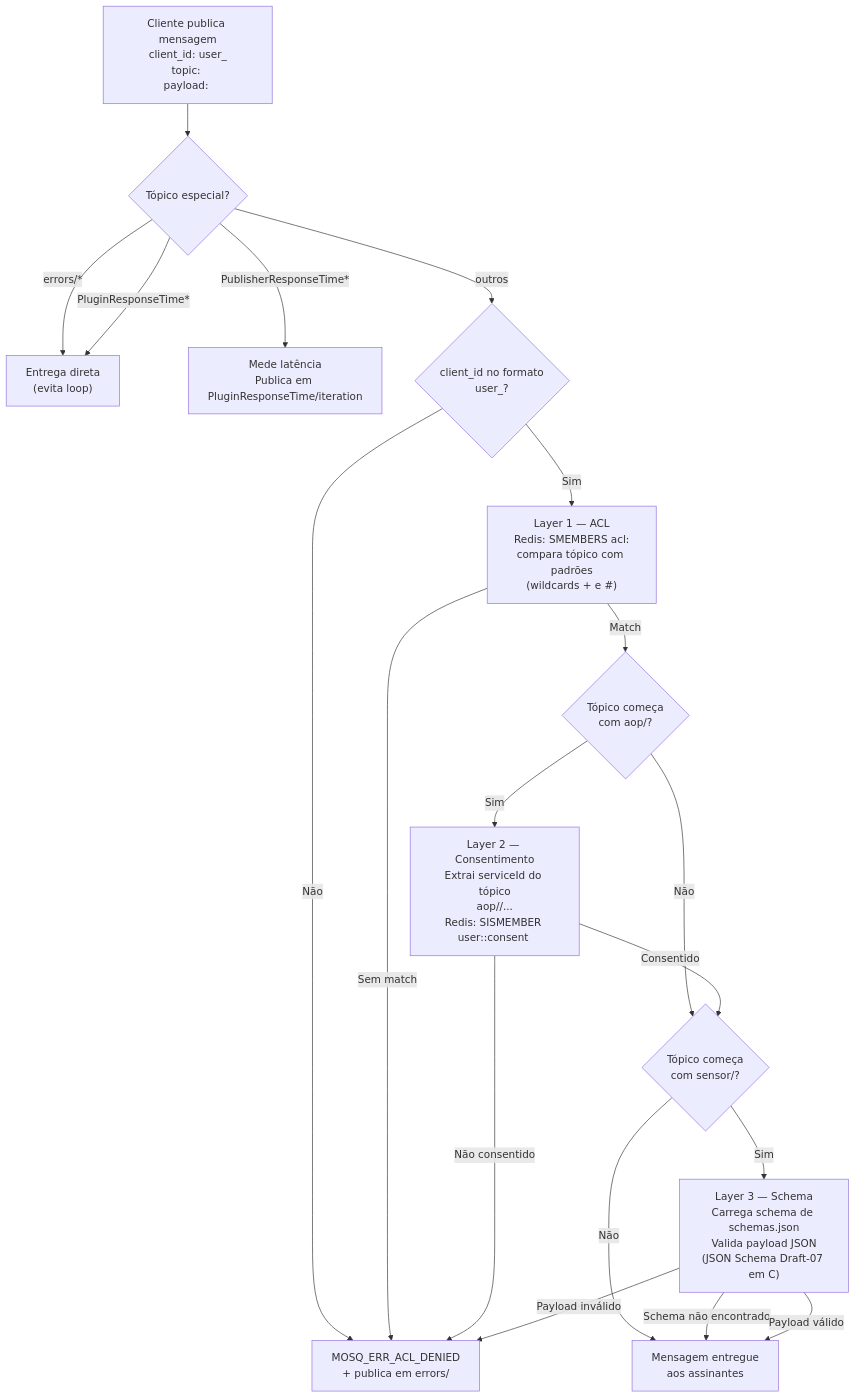
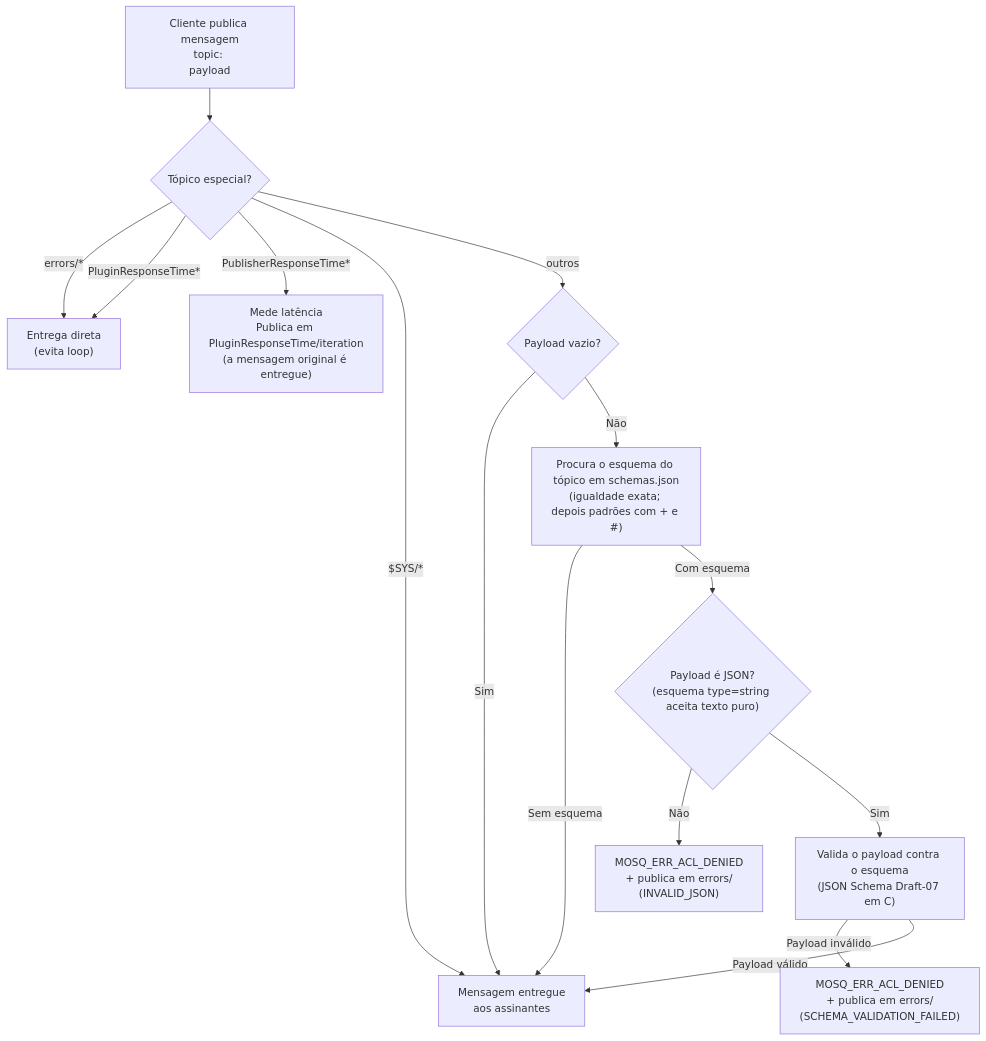
The first of 4 diagrams in docs/03-pipeline-mqtt.md (multisens/Infra), drawn with Mermaid before and after one commit. The commit also changed other lines of this file and 23 other files, not shown here.

````diff
--- a/docs/03-pipeline-mqtt.md
+++ b/docs/03-pipeline-mqtt.md
@@ -7,38 +9,30 @@
 ```mermaid
 flowchart TD
-    PUB["Cliente publica mensagem\nclient_id: user_<userId>\ntopic: <tópico>\npayload: <JSON>"]
+    PUB["Cliente publica mensagem\ntopic: <tópico>\npayload"]
 
     PUB --> CHK_SKIP{Tópico especial?}
 
     CHK_SKIP -->|"errors/*"| ALLOW_SKIP["Entrega direta\n(evita loop)"]
     CHK_SKIP -->|"PluginResponseTime*"| ALLOW_SKIP
-    CHK_SKIP -->|"PublisherResponseTime*"| LATENCY["Mede latência\nPublica em PluginResponseTime<id>/iteration<n>"]
-    CHK_SKIP -->|"outros"| CHK_FMT
+    CHK_SKIP -->|"PublisherResponseTime*"| LATENCY["Mede latência\nPublica em PluginResponseTime<id>/iteration<n>\n(a mensagem original é entregue)"]
+    CHK_SKIP -->|"$SYS/*"| ALLOW
+    CHK_SKIP -->|"outros"| CHK_EMPTY
 
-    CHK_FMT{"client_id no formato\nuser_<userId>?"}
-    CHK_FMT -->|"Não"| DENY["MOSQ_ERR_ACL_DENIED\n+ publica em errors/<client_id>"]
-    CHK_FMT -->|"Sim"| ACL
+    CHK_EMPTY{"Payload vazio?"}
+    CHK_EMPTY -->|"Sim"| ALLOW
+    CHK_EMPTY -->|"Não"| LOOKUP
 
-    ACL["Layer 1 — ACL\nRedis: SMEMBERS acl:<user_id>\ncompara tópico com padrões\n(wildcards + e #)"]
-    ACL -->|"Sem match"| DENY
-    ACL -->|"Match"| CHK_AOP
+    LOOKUP["Procura o esquema do tópico em schemas.json\n(igualdade exata; depois padrões com + e #)"]
+    LOOKUP -->|"Sem esquema"| ALLOW
+    LOOKUP -->|"Com esquema"| PARSE
 
-    CHK_AOP{"Tópico começa\ncom aop/?"}
-    CHK_AOP -->|"Não"| CHK_SENSOR
-    CHK_AOP -->|"Sim"| CONSENT
+    PARSE{"Payload é JSON?\n(esquema type=string aceita texto puro)"}
+    PARSE -->|"Não"| DENY["MOSQ_ERR_ACL_DENIED\n+ publica em errors/<client_id>\n(INVALID_JSON)"]
+    PARSE -->|"Sim"| SCHEMA
 
-    CONSENT["Layer 2 — Consentimento\nExtrai serviceId do tópico\naop/<serviceId>/...\nRedis: SISMEMBER user:<user_id>:consent <serviceId>"]
-    CONSENT -->|"Não consentido"| DENY
-    CONSENT -->|"Consentido"| CHK_SENSOR
-
-    CHK_SENSOR{"Tópico começa\ncom sensor/?"}
-    CHK_SENSOR -->|"Não"| ALLOW
-    CHK_SENSOR -->|"Sim"| SCHEMA
-
-    SCHEMA["Layer 3 — Schema\nCarrega schema de schemas.json\nValida payload JSON\n(JSON Schema Draft-07 em C)"]
-    SCHEMA -->|"Schema não encontrado"| ALLOW
-    SCHEMA -->|"Payload inválido"| DENY
+    SCHEMA["Valida o payload contra o esquema\n(JSON Schema Draft-07 em C)"]
+    SCHEMA -->|"Payload inválido"| DENY_SCHEMA["MOSQ_ERR_ACL_DENIED\n+ publica em errors/<client_id>\n(SCHEMA_VALIDATION_FAILED)"]
     SCHEMA -->|"Payload válido"| ALLOW
 
     ALLOW["Mensagem entregue\naos assinantes"]
 ```
````
